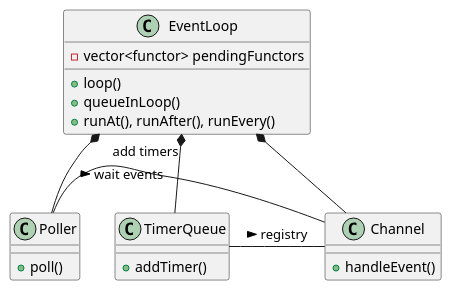
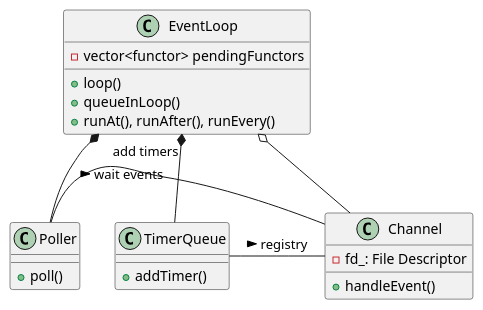
Before and after one commit to literaryno4/chaonet: the diagram in doc/EventLoop.puml, drawn with PlantUML. The commit also changed 2 other files, not shown here.

```diff
--- a/doc/EventLoop.puml
+++ b/doc/EventLoop.puml
@@ -1,29 +1,30 @@
 @startuml
 'https://plantuml.com/class-diagram
 
 EventLoop *-- Poller
-EventLoop *-- Channel
+EventLoop o-- Channel
 EventLoop "add timers" *-- TimerQueue
 Poller - Channel : wait events >
 TimerQueue - Channel : registry >
 
 class Channel {
+    - fd_: File Descriptor
     + handleEvent()
 }
 
 class Poller {
     + poll()
 }
 
 class TimerQueue {
     + addTimer()
 }
 
 class EventLoop {
     - vector<functor> pendingFunctors
     + loop()
     + queueInLoop()
     + runAt(), runAfter(), runEvery()
 }
 
 @enduml
```
